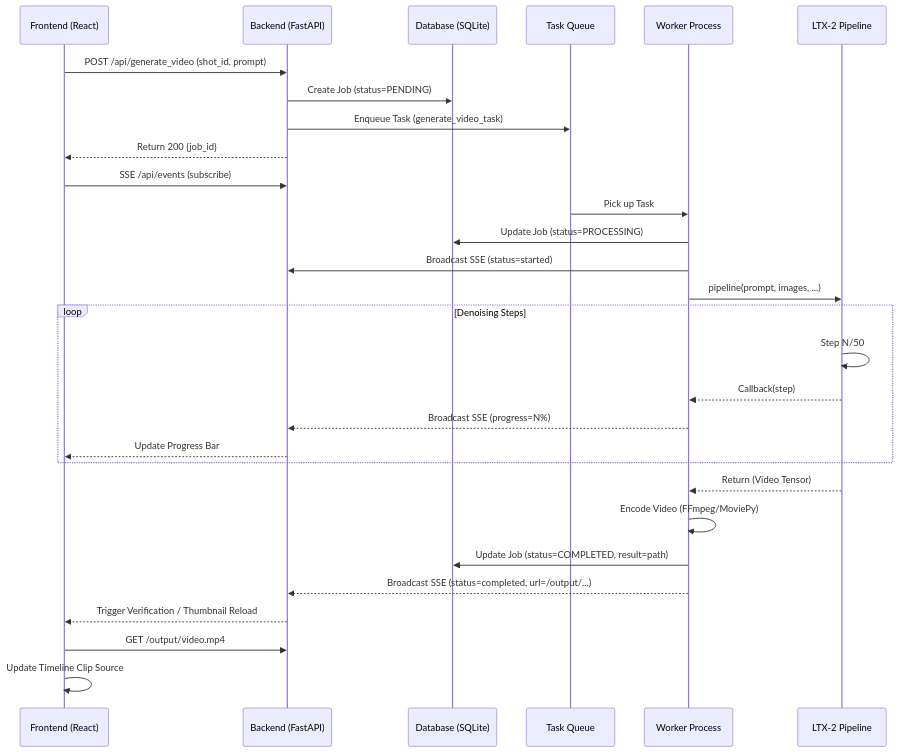
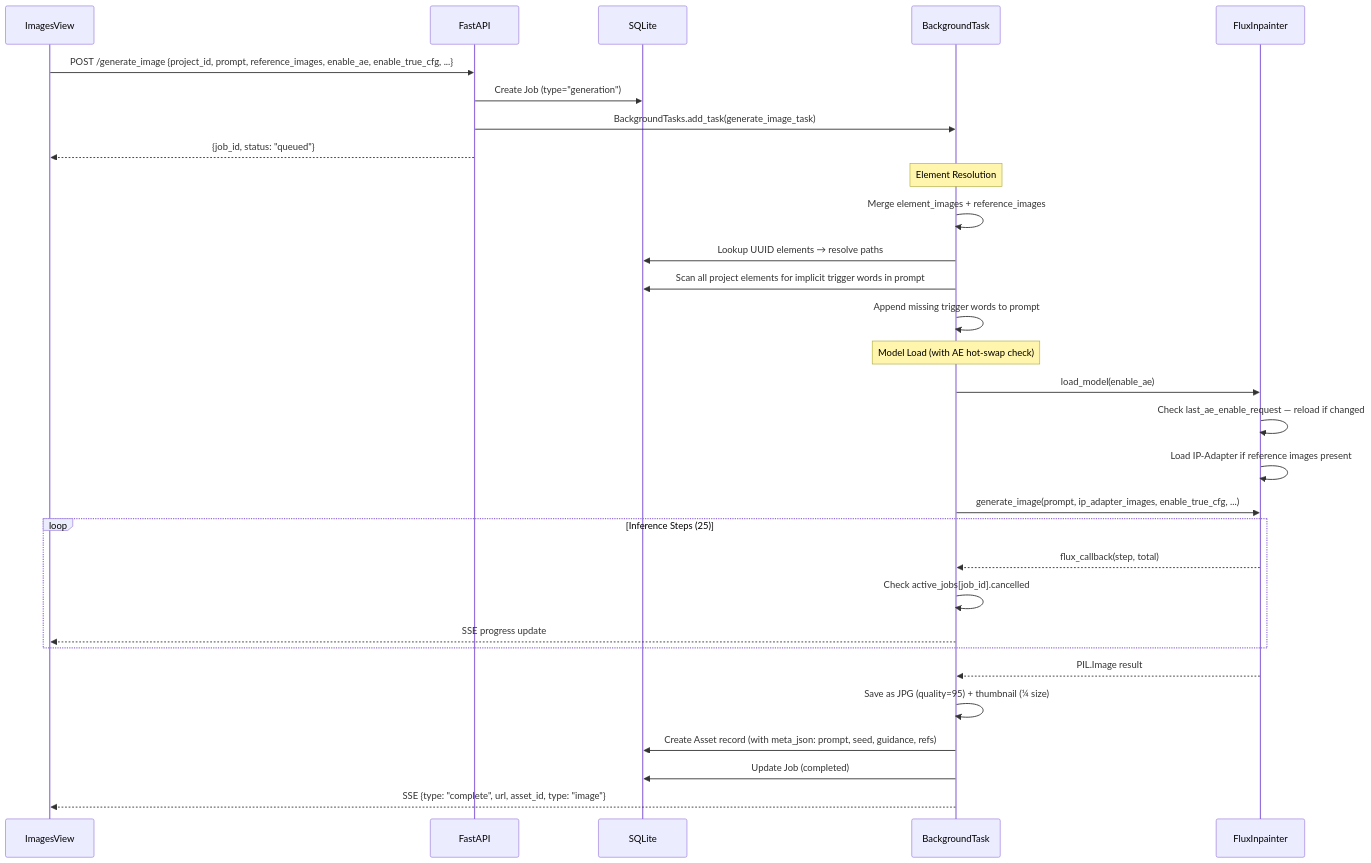
One commit to mainza-ai/milimovideo changed the second of 9 diagrams in docs/05_execution_flow.md. Above: the diagram before and after it, drawn with Mermaid. The commit also changed other lines of this file and 14 other files, not shown here.

````diff
--- a/docs/05_execution_flow.md
+++ b/docs/05_execution_flow.md
@@ -7,39 +92,38 @@
 ```mermaid
 sequenceDiagram
-    participant UI as Frontend (React)
-    participant API as Backend (FastAPI)
-    participant DB as Database (SQLite)
-    participant Q as Task Queue
-    participant W as Worker Process
-    participant LTX as LTX-2 Pipeline
+    participant UI as ImagesView
+    participant API as FastAPI
+    participant DB as SQLite
+    participant Worker as BackgroundTask
+    participant Flux as FluxInpainter
 
-    UI->>API: POST /api/generate_video (shot_id, prompt)
-    API->>DB: Create Job (status=PENDING)
-    API->>Q: Enqueue Task (generate_video_task)
-    API-->>UI: Return 200 {job_id}
+    UI->>API: POST /generate_image {project_id, prompt, reference_images, enable_ae, enable_true_cfg, ...}
+    API->>DB: Create Job (type="generation")
+    API->>Worker: BackgroundTasks.add_task(generate_image_task)
+    API-->>UI: {job_id, status: "queued"}
+
+    Note over Worker: Element Resolution
+    Worker->>Worker: Merge element_images + reference_images
+    Worker->>DB: Lookup UUID elements → resolve paths
+    Worker->>DB: Scan all project elements for implicit trigger words in prompt
+    Worker->>Worker: Append missing trigger words to prompt
+
+    Note over Worker: Model Load (with AE hot-swap check)
+    Worker->>Flux: load_model(enable_ae)
+    Flux->>Flux: Check last_ae_enable_request — reload if changed
+    Flux->>Flux: Load IP-Adapter if reference images present
+
+    Worker->>Flux: generate_image(prompt, ip_adapter_images, enable_true_cfg, ...)
     
-    UI->>API: SSE /api/events (subscribe)
-    
-    Q->>W: Pick up Task
-    W->>DB: Update Job (status=PROCESSING)
-    W->>API: Broadcast SSE (status=started)
-    
-    W->>LTX: pipeline(prompt, images, ...)
-    
-    loop Denoising Steps
-        LTX->>LTX: Step N/50
-        LTX-->>W: Callback(step)
-        W-->>API: Broadcast SSE (progress=N%)
-        API-->>UI: Update Progress Bar
+    loop Inference Steps (25)
+        Flux-->>Worker: flux_callback(step, total)
+        Worker->>Worker: Check active_jobs[job_id].cancelled
+        Worker-->>UI: SSE progress update
     end
-    
-    LTX-->>W: Return (Video Tensor)
-    W->>W: Encode Video (FFmpeg/MoviePy)
-    
-    W->>DB: Update Job (status=COMPLETED, result=path)
-    W-->>API: Broadcast SSE (status=completed, url=/output/...)
-    API-->>UI: Trigger Verification / Thumbnail Reload
-    
-    UI->>API: GET /output/video.mp4
-    UI->>UI: Update Timeline Clip Source
+
+    Flux-->>Worker: PIL.Image result
+    Worker->>Worker: Save as JPG (quality=95) + thumbnail (¼ size)
+    Worker->>DB: Create Asset record (with meta_json: prompt, seed, guidance, refs)
+    Worker->>DB: Update Job (completed)
+    Worker-->>UI: SSE {type: "complete", url, asset_id, type: "image"}
 ```
````
